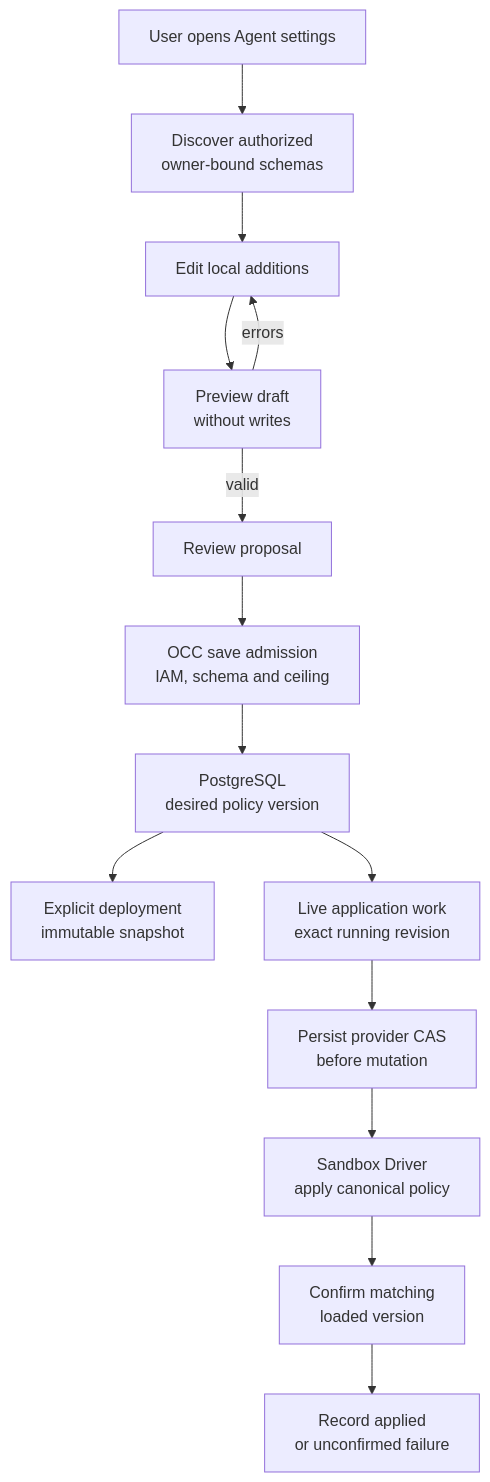
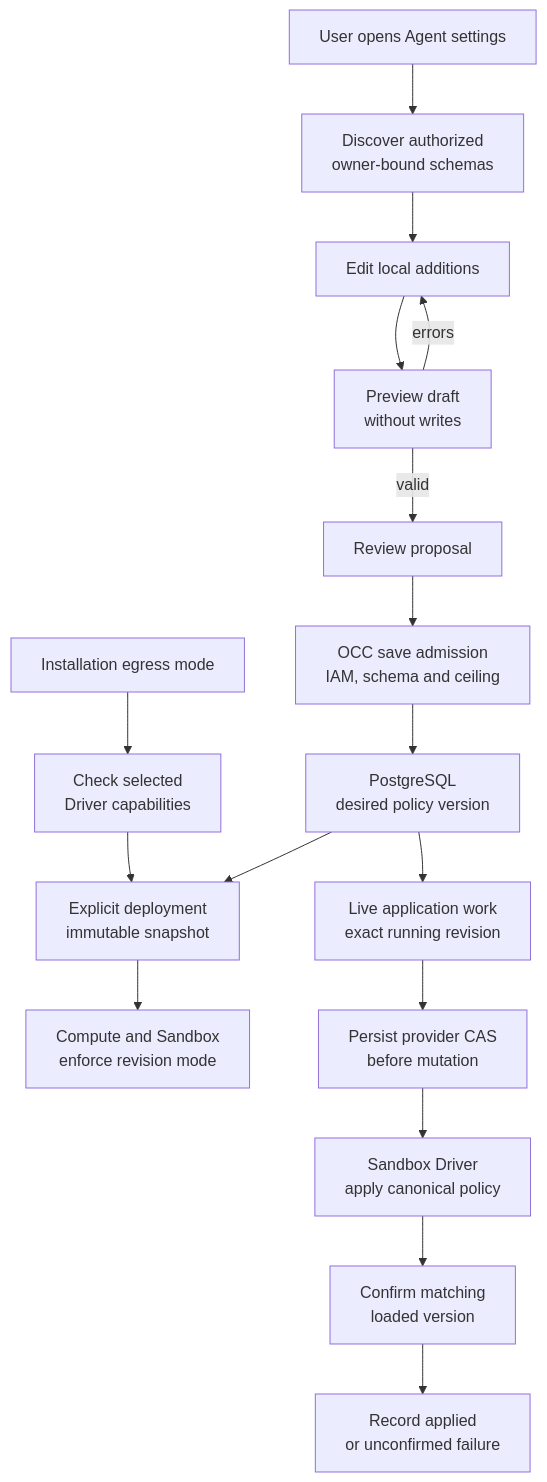
The diagram in docs/flows/agent-sandbox-policy.md (openclaw/openclaw-enterprise), drawn with Mermaid before and after one commit. The commit also changed other lines of this file and 91 other files, not shown here.

````diff
--- a/docs/flows/agent-sandbox-policy.md
+++ b/docs/flows/agent-sandbox-policy.md
@@ -26,16 +27,19 @@
 ```mermaid
 graph TD
   U["User opens Agent settings"] --> Cfg["Discover authorized<br/>owner-bound schemas"]
   Cfg --> Draft["Edit local additions"]
   Draft --> Preview["Preview draft<br/>without writes"]
   Preview -->|errors| Draft
   Preview -->|valid| U2["Review proposal"]
   U2 --> A["OCC save admission<br/>IAM, schema and ceiling"]
   A --> P["PostgreSQL<br/>desired policy version"]
-  P --> D["Explicit deployment<br/>immutable snapshot"]
+  Mode["Installation egress mode"] --> Cap["Check selected<br/>Driver capabilities"]
+  Cap --> D["Explicit deployment<br/>immutable snapshot"]
+  P --> D
+  D --> Runtime["Compute and Sandbox<br/>enforce revision mode"]
   P --> W["Live application work<br/>exact running revision"]
   W --> C["Persist provider CAS<br/>before mutation"]
   C --> S["Sandbox Driver<br/>apply canonical policy"]
   S --> V["Confirm matching<br/>loaded version"]
   V --> R["Record applied<br/>or unconfirmed failure"]
 ```
````
